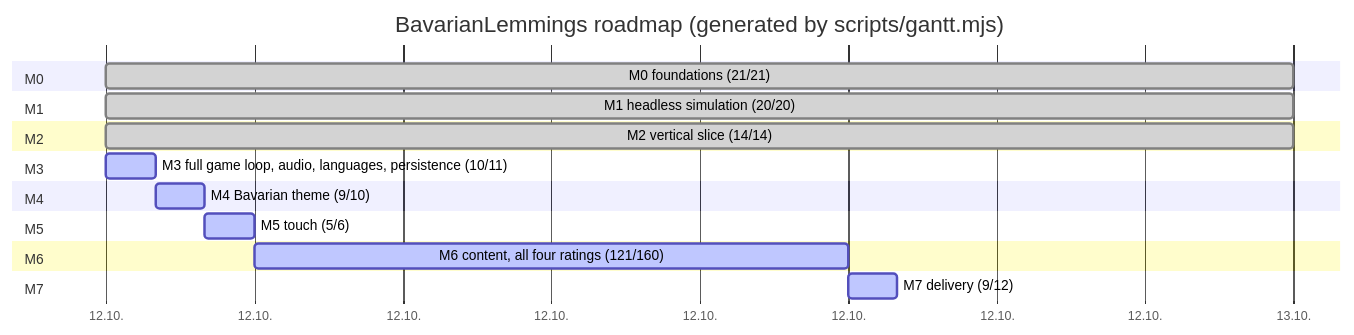
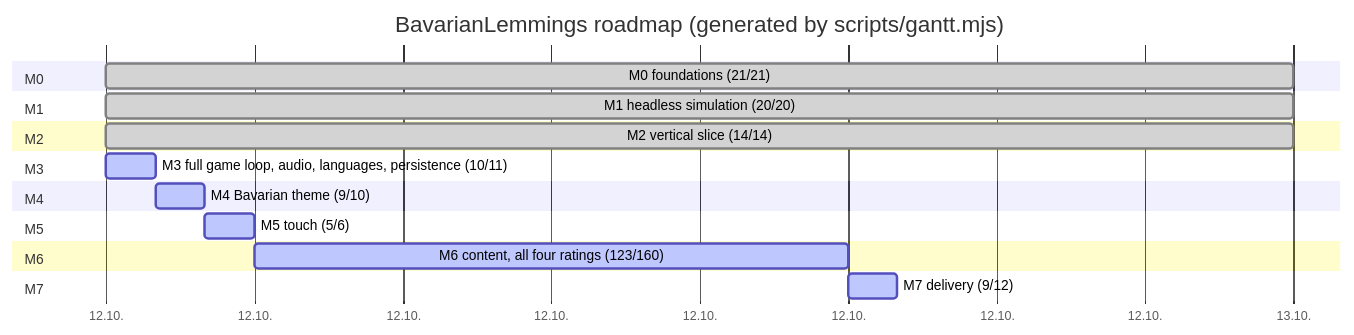
The diagram in plan.md (marcelpetrick/BavarianLemmings), drawn with Mermaid before and after one commit. The commit also changed other lines of this file and 10 other files, not shown here.

````diff
--- a/plan.md
+++ b/plan.md
@@ -43,22 +43,22 @@
 ```mermaid
 gantt
     title BavarianLemmings roadmap (generated by scripts/gantt.mjs)
     dateFormat  YYYY-MM-DD
     axisFormat  %d.%m.
     section M0
     M0 foundations (21/21) :done, m0, 2026-10-12, 1d
     section M1
     M1 headless simulation (20/20) :done, m1, 2026-10-12, 1d
     section M2
     M2 vertical slice (14/14) :done, m2, 2026-10-12, 1d
     section M3
     M3 full game loop, audio, languages, persistence (10/11) :active, m3, 2026-10-12, 1h
     section M4
     M4 Bavarian theme (9/10) :active, m4, after m3, 1h
     section M5
     M5 touch (5/6) :active, m5, after m4, 1h
     section M6
-    M6 content, all four ratings (121/160) :active, m6, after m5, 12h
+    M6 content, all four ratings (123/160) :active, m6, after m5, 12h
     section M7
     M7 delivery (9/12) :active, m7, after m6, 1h
 ```
````
